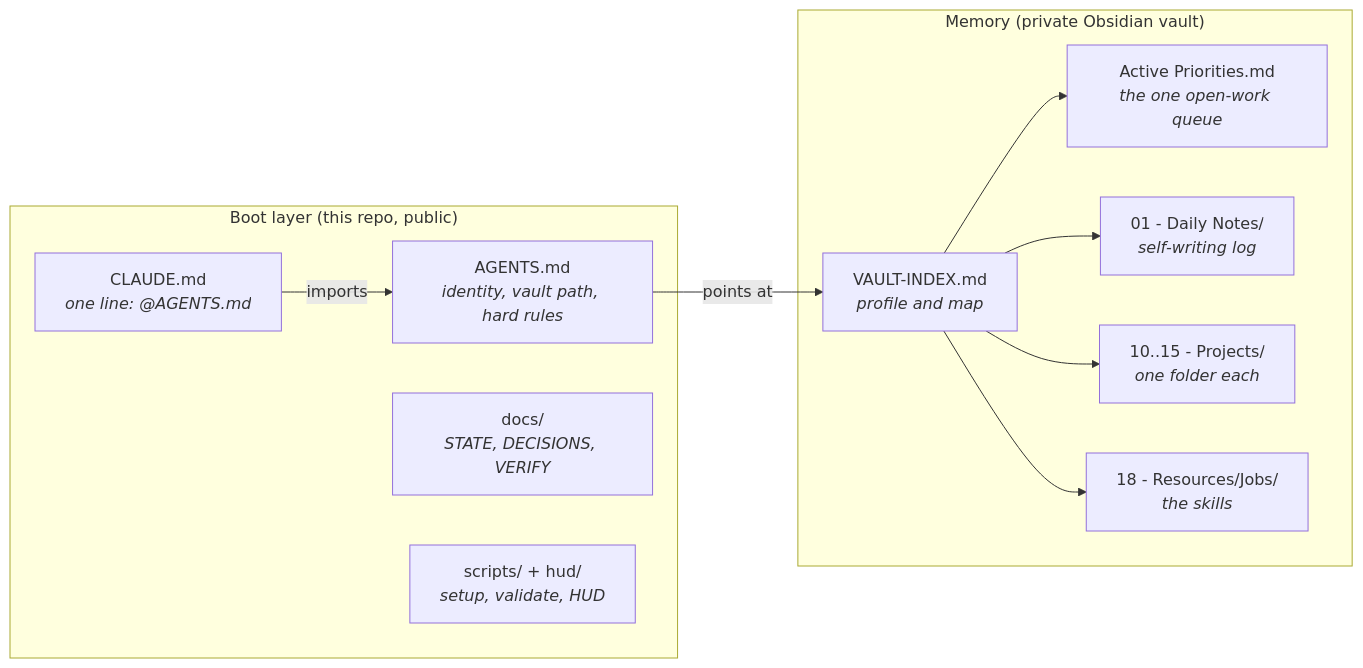
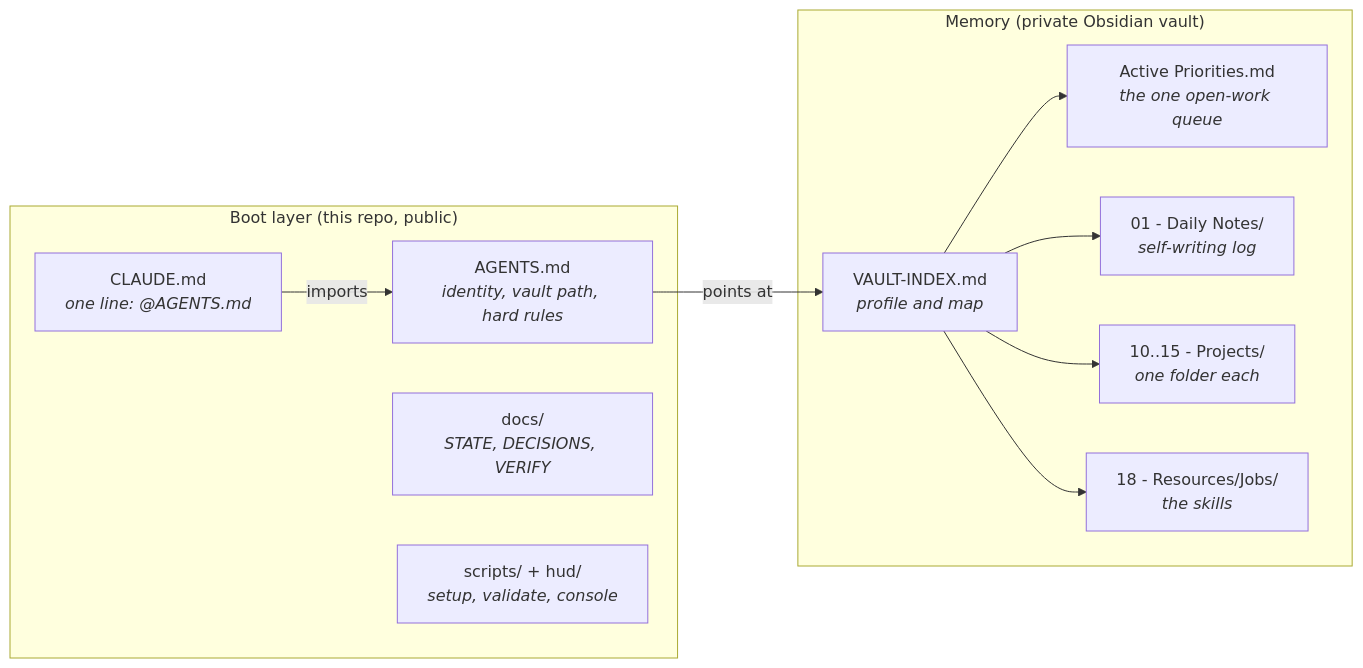
Before and after one commit to JamesKevinJones/project-jk: the second of 2 diagrams in README.md, drawn with Mermaid. The commit also changed other lines of this file and 5 other files, not shown here.

````diff
--- a/README.md
+++ b/README.md
@@ -81,22 +81,22 @@
 ```mermaid
 flowchart LR
     subgraph REPO["Boot layer (this repo, public)"]
         A["AGENTS.md<br/><i>identity, vault path, hard rules</i>"]
         C["CLAUDE.md<br/><i>one line: @AGENTS.md</i>"]
         D["docs/<br/><i>STATE, DECISIONS, VERIFY</i>"]
-        S["scripts/ + hud/<br/><i>setup, validate, HUD</i>"]
+        S["scripts/ + hud/<br/><i>setup, validate, console</i>"]
     end
     subgraph VAULT["Memory (private Obsidian vault)"]
         V["VAULT-INDEX.md<br/><i>profile and map</i>"]
         P["Active Priorities.md<br/><i>the one open-work queue</i>"]
         N["01 - Daily Notes/<br/><i>self-writing log</i>"]
         F["10..15 - Projects/<br/><i>one folder each</i>"]
         J["18 - Resources/Jobs/<br/><i>the skills</i>"]
     end
     A -->|points at| V
     C -->|imports| A
     V --> P
     V --> N
     V --> F
     V --> J
 ```
````
